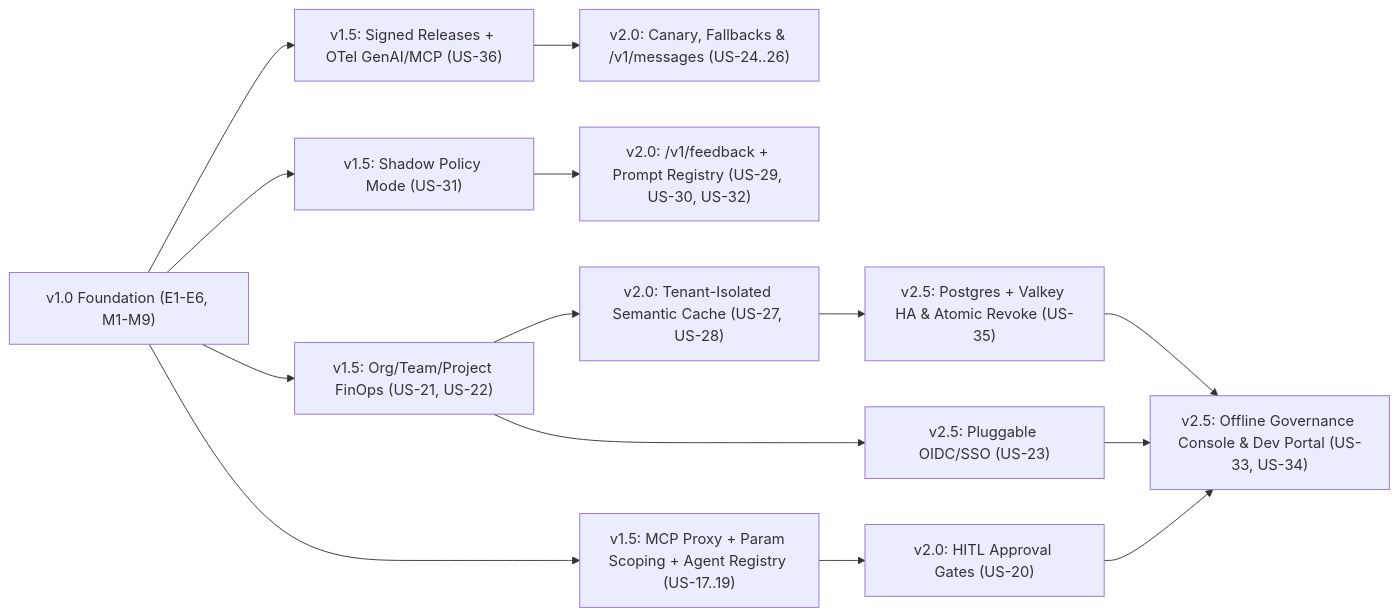
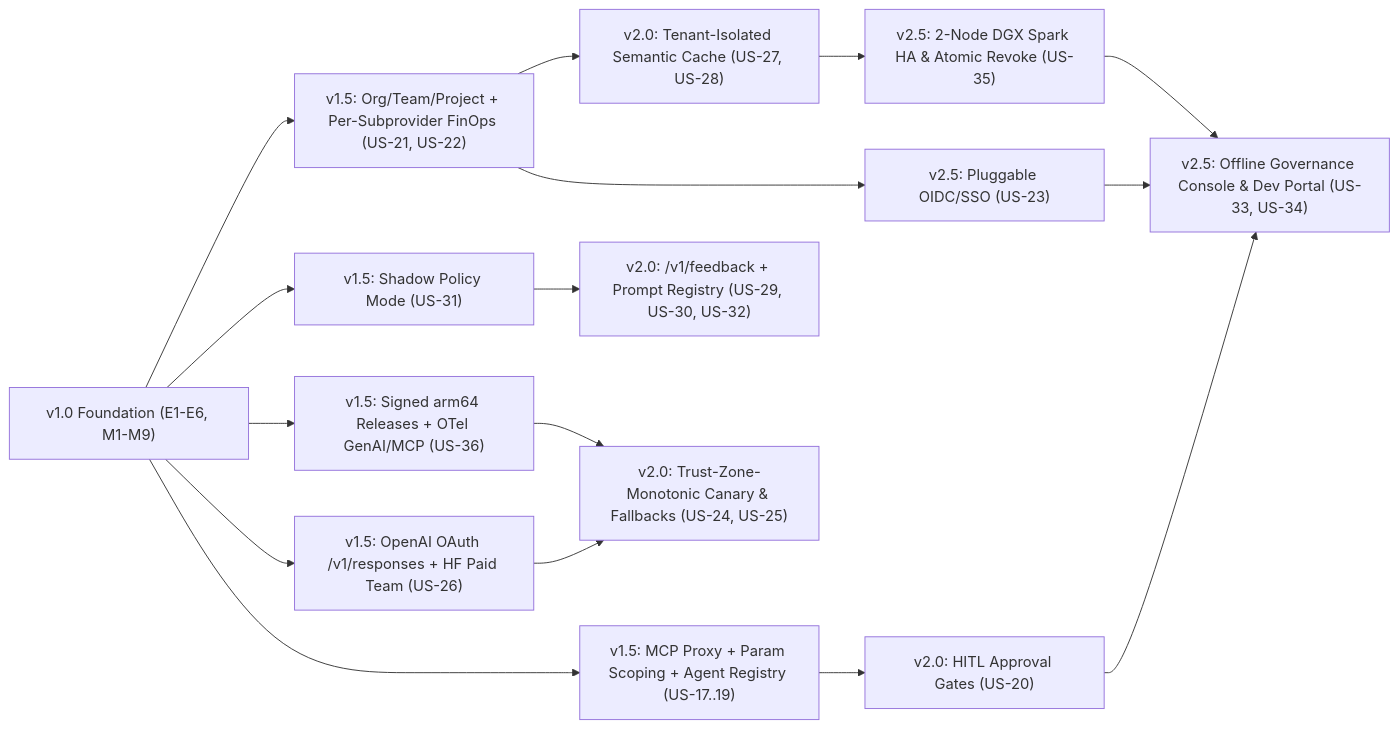
Before and after one commit to securespider/ai-gateway: the diagram in docs/product/PRODUCT_ROADMAP_AND_PRIORITIZATION.md, drawn with Mermaid. The commit also changed other lines of this file and 7 other files, not shown here.

Commit message:
docs: add DGX Spark cluster profile, OpenAI OAuth, and HF Team Inference specs

````diff
--- a/docs/product/PRODUCT_ROADMAP_AND_PRIORITIZATION.md
+++ b/docs/product/PRODUCT_ROADMAP_AND_PRIORITIZATION.md
@@ -48,18 +48,20 @@
 ```mermaid
 flowchart LR
-    V10["v1.0 Foundation (E1-E6, M1-M9)"] --> V15A["v1.5: Signed Releases + OTel GenAI/MCP (US-36)"]
+    V10["v1.0 Foundation (E1-E6, M1-M9)"] --> V15A["v1.5: Signed arm64 Releases + OTel GenAI/MCP (US-36)"]
     V10 --> V15B["v1.5: Shadow Policy Mode (US-31)"]
-    V10 --> V15C["v1.5: Org/Team/Project FinOps (US-21, US-22)"]
+    V10 --> V15C["v1.5: Org/Team/Project + Per-Subprovider FinOps (US-21, US-22)"]
     V10 --> V15D["v1.5: MCP Proxy + Param Scoping + Agent Registry (US-17..19)"]
+    V10 --> V15E["v1.5: OpenAI OAuth /v1/responses + HF Paid Team (US-26)"]
 
     V15C --> V20A["v2.0: Tenant-Isolated Semantic Cache (US-27, US-28)"]
     V15D --> V20B["v2.0: HITL Approval Gates (US-20)"]
     V15B --> V20C["v2.0: /v1/feedback + Prompt Registry (US-29, US-30, US-32)"]
-    V15A --> V20D["v2.0: Canary, Fallbacks & /v1/messages (US-24..26)"]
+    V15E --> V20D["v2.0: Trust-Zone-Monotonic Canary & Fallbacks (US-24, US-25)"]
+    V15A --> V20D
 
-    V20A --> V25A["v2.5: Postgres + Valkey HA & Atomic Revoke (US-35)"]
+    V20A --> V25A["v2.5: 2-Node DGX Spark HA & Atomic Revoke (US-35)"]
     V20B --> V25B["v2.5: Offline Governance Console & Dev Portal (US-33, US-34)"]
     V15C --> V25C["v2.5: Pluggable OIDC/SSO (US-23)"]
     V25C --> V25B
     V25A --> V25B
 ```
````
